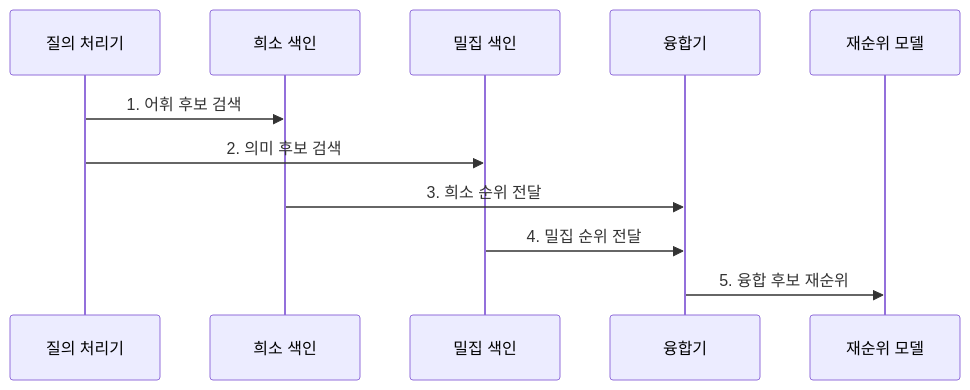
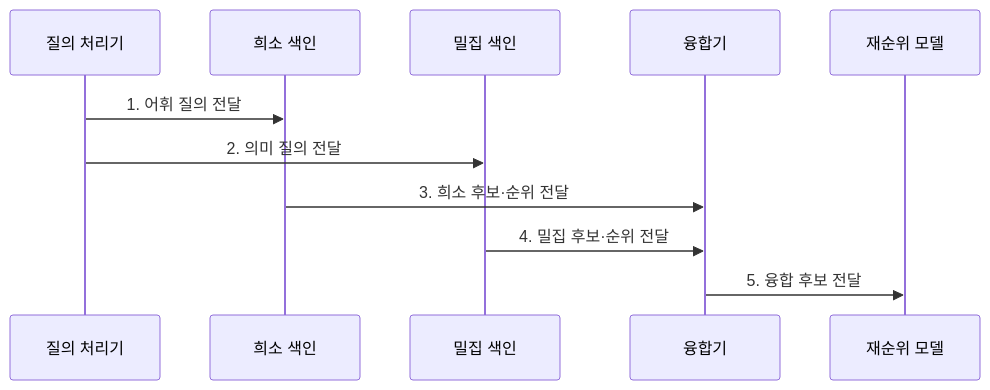
One commit to agnusdei1207/knowledge-base changed the second of 2 diagrams in src/content/docs/notes/08-latest-tech/073_hybrid_search.md. Above: the diagram before and after it, drawn with Mermaid. The commit also changed other lines of this file and 225 other files, not shown here.

````diff
--- a/src/content/docs/notes/08-latest-tech/073_hybrid_search.md
+++ b/src/content/docs/notes/08-latest-tech/073_hybrid_search.md
@@ -84,13 +85,13 @@
 ```mermaid
 sequenceDiagram
   participant Q as 질의 처리기
   participant S as 희소 색인
   participant D as 밀집 색인
   participant F as 융합기
   participant R as 재순위 모델
-  Q->>S: 1. 어휘 후보 검색
-  Q->>D: 2. 의미 후보 검색
-  S->>F: 3. 희소 순위 전달
-  D->>F: 4. 밀집 순위 전달
-  F->>R: 5. 융합 후보 재순위
+  Q->>S: 1. 어휘 질의 전달
+  Q->>D: 2. 의미 질의 전달
+  S->>F: 3. 희소 후보·순위 전달
+  D->>F: 4. 밀집 후보·순위 전달
+  F->>R: 5. 융합 후보 전달
 ```
````
